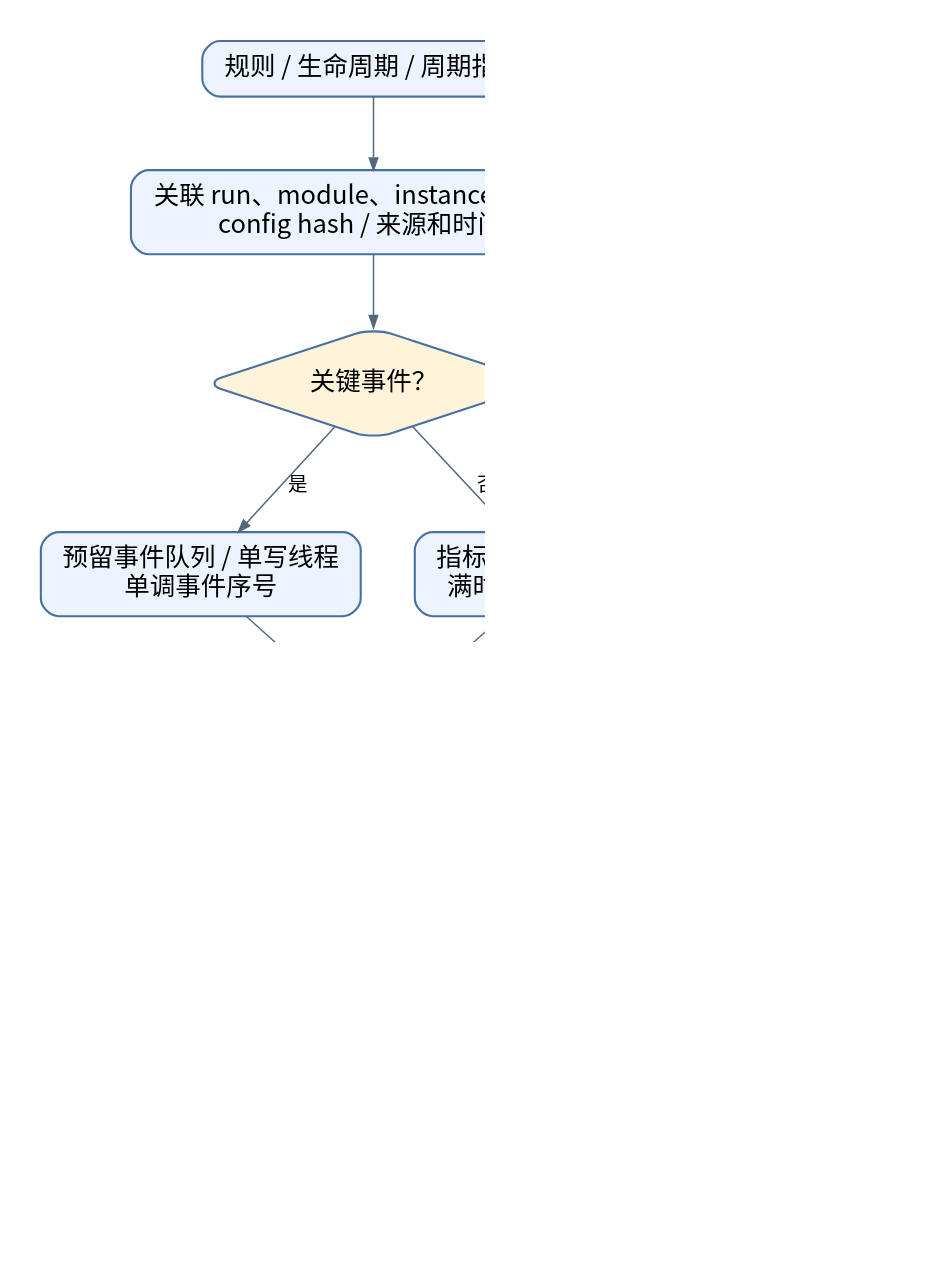
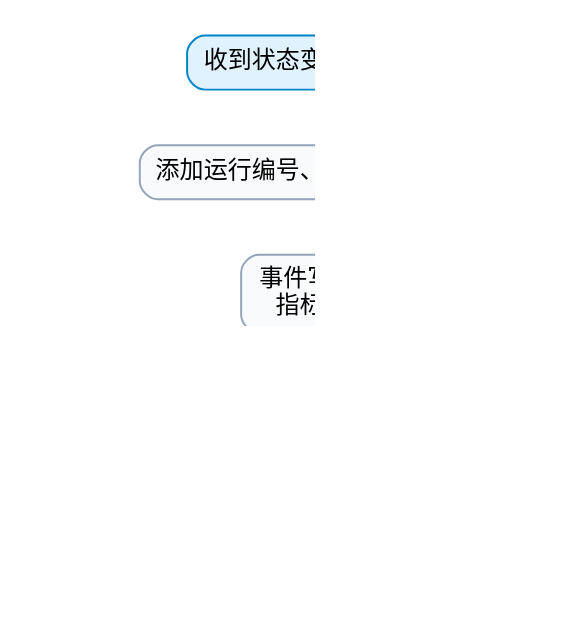
The diagram in FAST_LIO/doc/ros1_workspace/flowcharts/health_v2_log_flow.dot (spacethroughing/Robot-Data-Health-Monitoring-Module), drawn with Graphviz before and after one commit. The commit also changed 41 other files, not shown here.

Commit message:
docs: simplify health monitoring diagrams and wording

```diff
--- a/FAST_LIO/doc/ros1_workspace/flowcharts/health_v2_log_flow.dot
+++ b/FAST_LIO/doc/ros1_workspace/flowcharts/health_v2_log_flow.dot
@@ -1,25 +1,14 @@
 digraph G {
-graph [rankdir=TB, bgcolor="white", pad="0.35", nodesep="0.5", ranksep="0.65", fontname="Noto Sans CJK SC", dpi=150];
-node [shape=box, style="rounded,filled", fillcolor="#edf4ff", color="#4771a3", penwidth=1.4, fontname="Noto Sans CJK SC", fontsize=17, margin="0.18,0.12"];
-edge [color="#53677f", fontname="Noto Sans CJK SC", fontsize=13, arrowsize=0.8];
-A [label="规则 / 生命周期 / 周期指标", fillcolor="#edf4ff", shape=box];
-B [label="关联 run、module、instance、epoch\nconfig hash / 来源和时间域", fillcolor="#edf4ff", shape=box];
-C [label="关键事件？", fillcolor="#fff4d9", shape=diamond];
-D [label="预留事件队列 / 单写线程\n单调事件序号", fillcolor="#edf4ff", shape=box];
-E [label="指标采样 / 有界队列\n满时丢指标并计数", fillcolor="#edf4ff", shape=box];
-F [label="JSONL / CSV / manifest\n配置与版本快照 / 轮转", fillcolor="#edf4ff", shape=box];
-G [label="写入正常？", fillcolor="#fff4d9", shape=diamond];
-H [label="关键记录有期限落盘确认\n按 ID 重建触发—恢复—启停时间线", fillcolor="#e5f6ee", shape=box];
-I [label="LOG_WRITE_FAILED\nlogs_incomplete / 丢失计数", fillcolor="#fde9e9", shape=box];
-J [label="自身健康告警 / 终端兜底\n不无限阻塞传感器回调", fillcolor="#fde9e9", shape=box];
-A -> B;
-B -> C;
-C -> D [label="是"];
-C -> E [label="否"];
-D -> F;
-E -> F;
-F -> G;
-G -> H [label="是"];
-G -> I [label="否"];
-I -> J;
+  graph [rankdir=TB, bgcolor="white", pad="0.3", nodesep="0.38", ranksep="0.48", fontname="Noto Sans CJK SC", dpi=150];
+  node [shape=box, style="rounded,filled", fillcolor="#F8FAFC", color="#94A3B8", penwidth=1.3, fontname="Noto Sans CJK SC", fontsize=16, margin="0.17,0.11"];
+  edge [color="#64748B", fontname="Noto Sans CJK SC", fontsize=12, arrowsize=0.8];
+  A [label="收到状态变化、异常和指标", fillcolor="#E0F2FE", color="#0284C7"];
+  B [label="添加运行编号、模块编号和配置版本"];
+  C [label="事件写入 JSONL\n指标写入 CSV"];
+  D [label="文件写入正常？", shape=diamond, fillcolor="#FEF3C7", color="#D97706"];
+  E [label="按编号查看事件和变化过程", fillcolor="#DCFCE7", color="#16A34A"];
+  F [label="标记日志不完整\n并报告写入错误", fillcolor="#FEE2E2", color="#DC2626"];
+  A -> B -> C -> D;
+  D -> E [label="是"];
+  D -> F [label="否"];
 }
```
